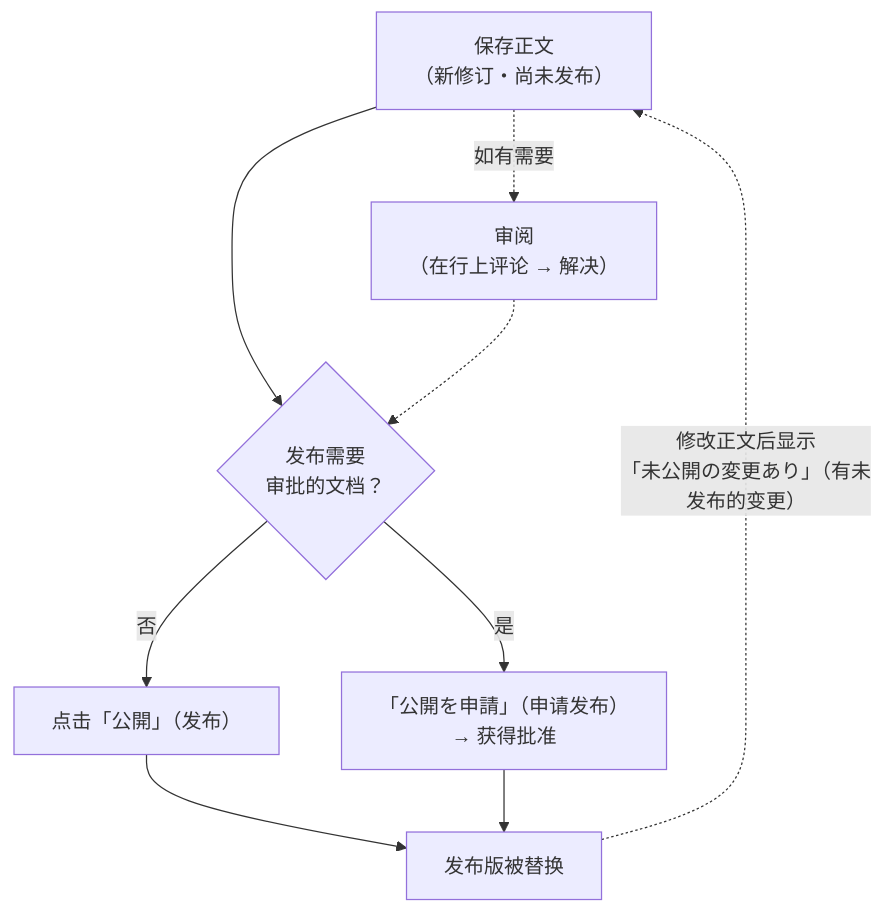
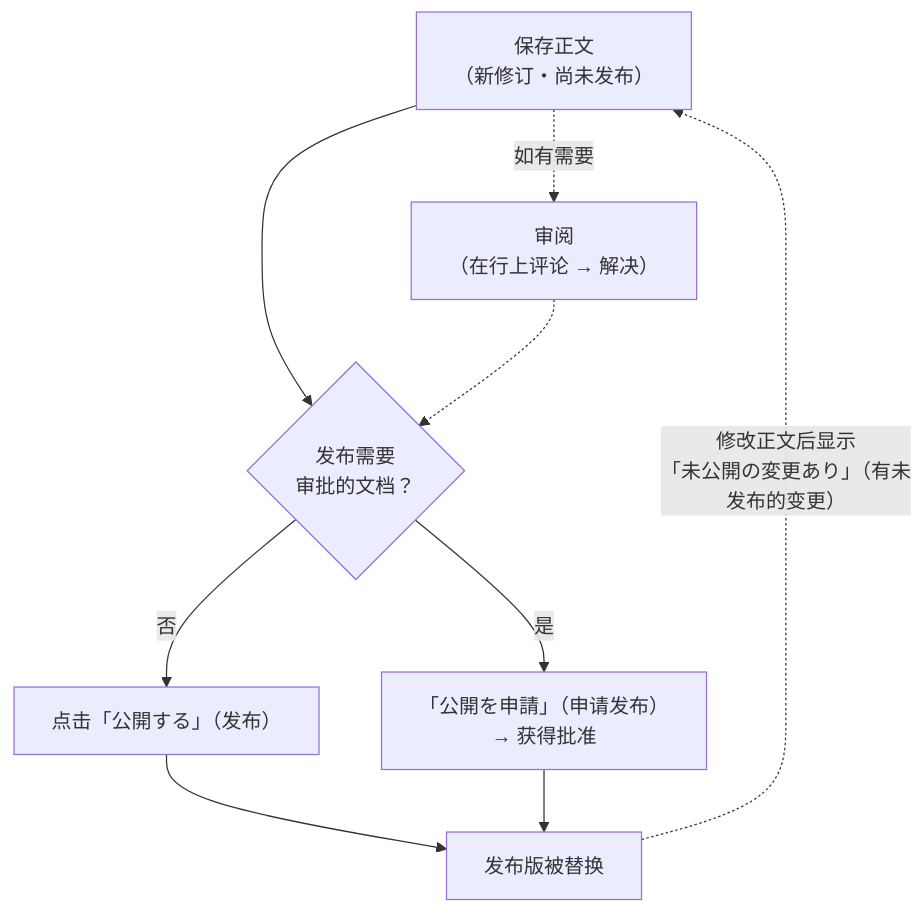
One commit to Kuisin/ckk-tool-v3 changed the diagram in coolify/apps/nextjs-web/content/manual/operations/general/internal-pages/user.zh.md. Above: the diagram before and after it, drawn with Mermaid. The commit also changed other lines of this file and 29 other files, not shown here.

````diff
--- a/coolify/apps/nextjs-web/content/manual/operations/general/internal-pages/user.zh.md
+++ b/coolify/apps/nextjs-web/content/manual/operations/general/internal-pages/user.zh.md
@@ -75,11 +90,11 @@
 ```mermaid
 flowchart TD
   save["保存正文<br/>（新修订・尚未发布）"] -.->|"如有需要"| rev["审阅<br/>（在行上评论 → 解决）"]
   save --> q{"发布需要<br/>审批的文档？"}
   rev -.-> q
-  q -->|"否"| pub["点击「公開」（发布）"]
+  q -->|"否"| pub["点击「公開する」（发布）"]
   q -->|"是"| req["「公開を申請」（申请发布）<br/>→ 获得批准"]
   pub --> live["发布版被替换"]
   req --> live
   live -.->|"修改正文后显示<br/>「未公開の変更あり」（有未发布的变更）"| save
 ```
````
